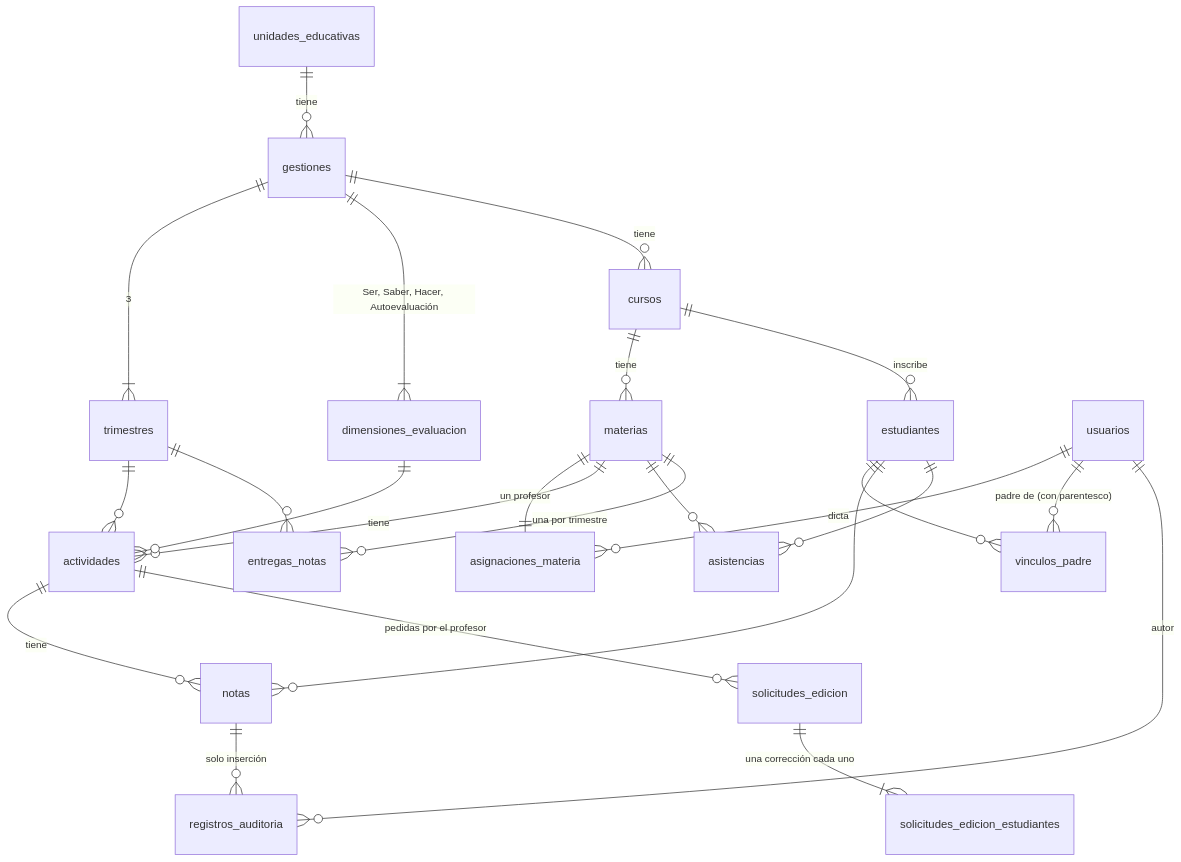
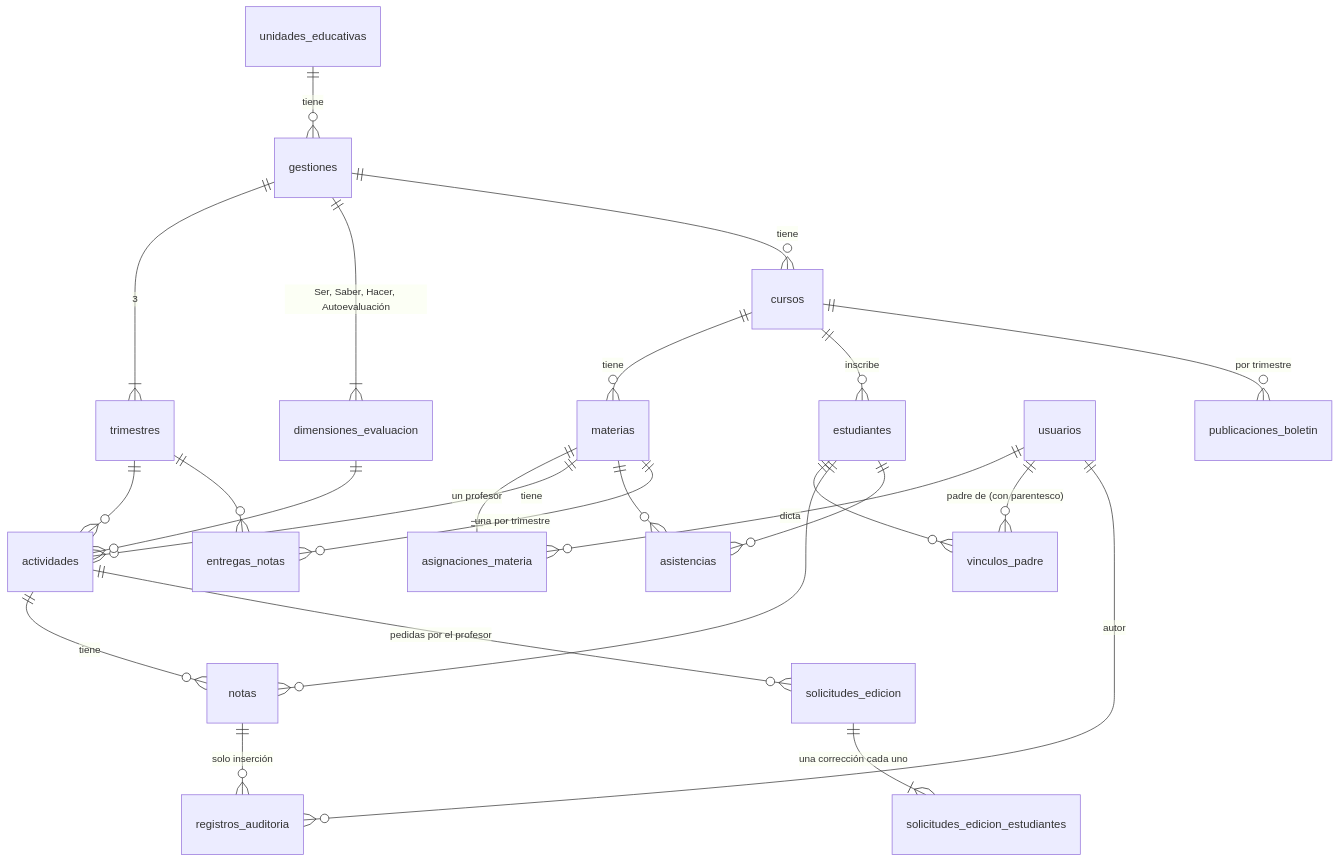
The third of 3 diagrams in docs/sad/SAD-CalisFacu.md (lujan-99/calisfacu), drawn with Mermaid before and after one commit. The commit also changed other lines of this file and 13 other files, not shown here.

````diff
--- a/docs/sad/SAD-CalisFacu.md
+++ b/docs/sad/SAD-CalisFacu.md
@@ -116,26 +118,27 @@
 ```mermaid
 erDiagram
   unidades_educativas ||--o{ gestiones : tiene
   gestiones ||--|{ trimestres : "3"
   gestiones ||--|{ dimensiones_evaluacion : "Ser, Saber, Hacer, Autoevaluación"
   gestiones ||--o{ cursos : tiene
   cursos ||--o{ materias : tiene
   cursos ||--o{ estudiantes : inscribe
   materias ||--|| asignaciones_materia : "un profesor"
   usuarios ||--o{ asignaciones_materia : dicta
+  cursos ||--o{ publicaciones_boletin : "por trimestre"
   usuarios ||--o{ vinculos_padre : "padre de (con parentesco)"
   estudiantes ||--o{ vinculos_padre : ""
   materias ||--o{ actividades : tiene
   trimestres ||--o{ actividades : ""
   dimensiones_evaluacion ||--o{ actividades : ""
   actividades ||--o{ notas : tiene
   estudiantes ||--o{ notas : ""
   notas ||--o{ registros_auditoria : "solo inserción"
   usuarios ||--o{ registros_auditoria : autor
   materias ||--o{ asistencias : ""
   estudiantes ||--o{ asistencias : ""
   actividades ||--o{ solicitudes_edicion : "pedidas por el profesor"
   solicitudes_edicion ||--|{ solicitudes_edicion_estudiantes : "una corrección cada uno"
   materias ||--o{ entregas_notas : "una por trimestre"
   trimestres ||--o{ entregas_notas : ""
 ```
````
